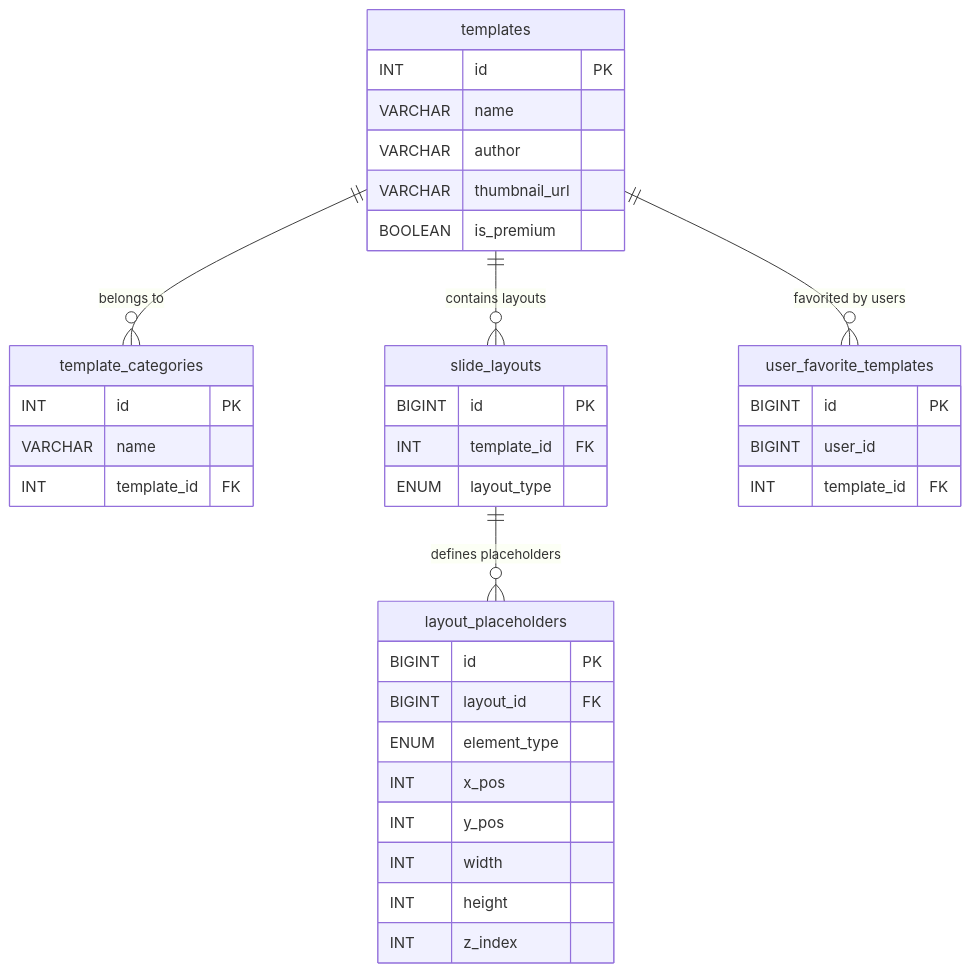
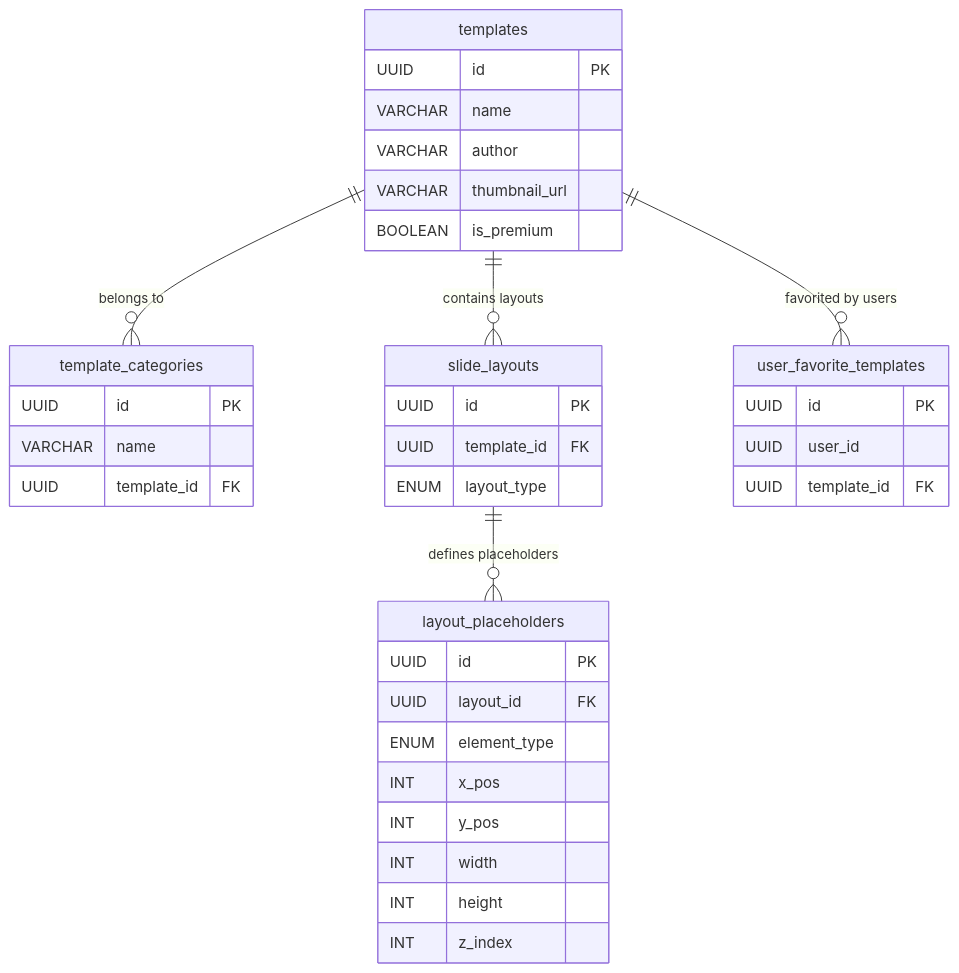
One commit to ChuNgocThang2704/AI-Slide-Generator changed the fourth of 5 diagrams in README.md. Above: the diagram before and after it, drawn with Mermaid. The commit also changed other lines of this file and 36 other files, not shown here.

````diff
--- a/README.md
+++ b/README.md
@@ -515,40 +515,40 @@
 ```mermaid
 erDiagram
     templates ||--o{ template_categories : "belongs to"
     templates ||--o{ slide_layouts : "contains layouts"
     slide_layouts ||--o{ layout_placeholders : "defines placeholders"
     templates ||--o{ user_favorite_templates : "favorited by users"
 
     templates {
-        INT id PK
+        UUID id PK
         VARCHAR name
         VARCHAR author
         VARCHAR thumbnail_url
         BOOLEAN is_premium
     }
     template_categories {
-        INT id PK
+        UUID id PK
         VARCHAR name
-        INT template_id FK
+        UUID template_id FK
     }
     slide_layouts {
-        BIGINT id PK
-        INT template_id FK
+        UUID id PK
+        UUID template_id FK
         ENUM layout_type
     }
     layout_placeholders {
-        BIGINT id PK
-        BIGINT layout_id FK
+        UUID id PK
+        UUID layout_id FK
         ENUM element_type
         INT x_pos
         INT y_pos
         INT width
         INT height
         INT z_index
     }
     user_favorite_templates {
-        BIGINT id PK
-        BIGINT user_id
-        INT template_id FK
+        UUID id PK
+        UUID user_id
+        UUID template_id FK
     }
 ```
````
